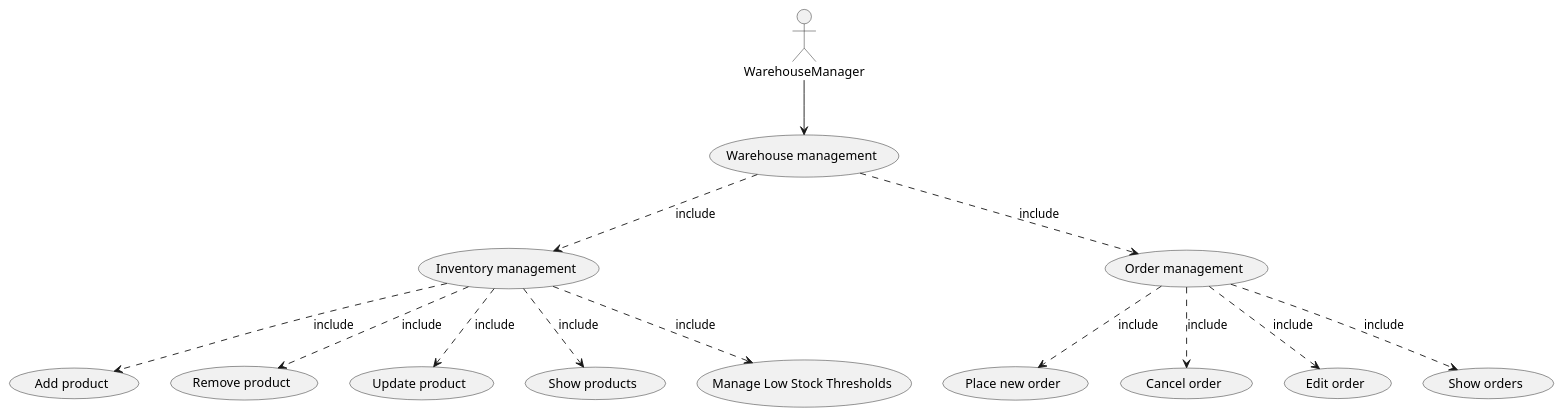
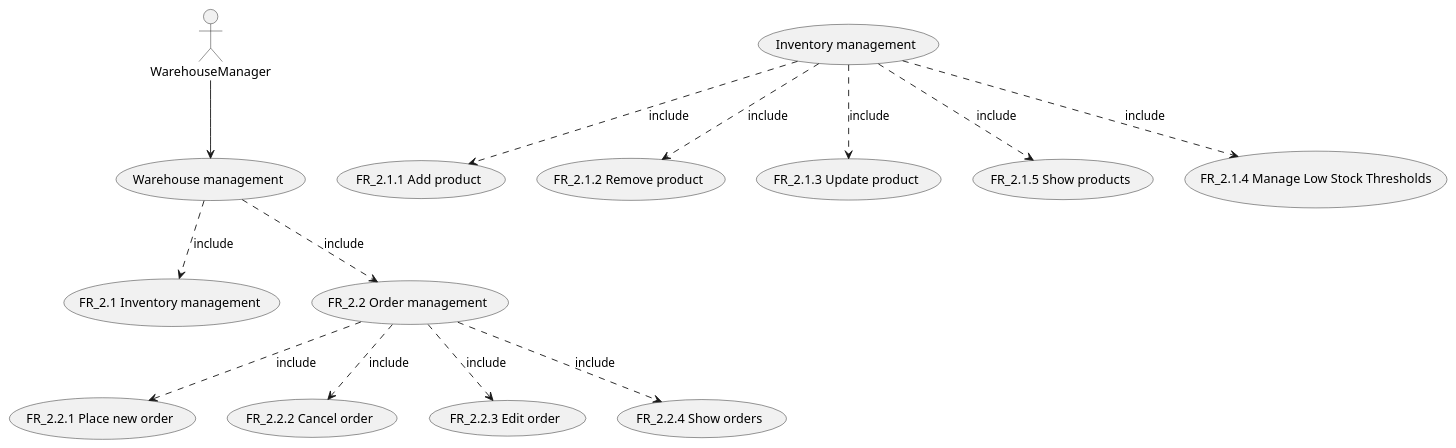
Before and after one commit to Stormz4/group20-EzShop: the fourth of 11 diagrams in Deliverables/RequirementsDocument.md, drawn with PlantUML. The commit also changed other lines of this file and 1 other file, not shown here.

Commit message:
Doc: Modified use case diagrams and matched the FRs with the use cases

````diff
--- a/Deliverables/RequirementsDocument.md
+++ b/Deliverables/RequirementsDocument.md
@@ -265,27 +265,27 @@
 ```plantuml
 @startuml
 :WarehouseManager:     --> (Warehouse management)
-(Warehouse management) ..> (Inventory management) : include
-(Warehouse management) ..> (Order management) : include
-(Inventory management) ..> (Add product) : include
-(Inventory management) ..> (Remove product) : include
-(Inventory management) ..> (Update product) : include
+(Warehouse management) ..> (FR_2.1 Inventory management) : include
+(Warehouse management) ..> (FR_2.2 Order management) : include
+(Inventory management) ..> (FR_2.1.1 Add product) : include
+(Inventory management) ..> (FR_2.1.2 Remove product) : include
+(Inventory management) ..> (FR_2.1.3 Update product) : include
 ' (Update product)       ..> (Stock level) : include
 ' (Update product)       ..> (Purchase price) : include
 ' (Update product)       ..> (Description) : include
-(Inventory management) ..> (Show products) : include
+(Inventory management) ..> (FR_2.1.5 Show products) : include
 ' (Filter products)      ..> (Name) : by
 ' (Filter products)      ..> (Supplier) : by
 ' (Filter products)      ..> (Brand) : by
 ' (Filter products)      ..> (Price) : by
-(Inventory management) ..> (Manage Low Stock Thresholds) : include
-(Order management)     ..> (Place new order) : include
-(Order management)     ..> (Cancel order) : include
-(Order management)     ..> (Edit order) : include
-(Order management)     ..> (Show orders) : include
+(Inventory management) ..> (FR_2.1.4 Manage Low Stock Thresholds) : include
+(FR_2.2 Order management)     ..> (FR_2.2.1 Place new order) : include
+(FR_2.2 Order management)     ..> (FR_2.2.2 Cancel order) : include
+(FR_2.2 Order management)     ..> (FR_2.2.3 Edit order) : include
+(FR_2.2 Order management)     ..> (FR_2.2.4 Show orders) : include
 ' (Filter orders)        ..> (Date) : by
 ' (Filter orders)        ..> (Supplier) : by
 ' (Filter orders)        ..> (Amount) : by
 
 @enduml
 ```
````
